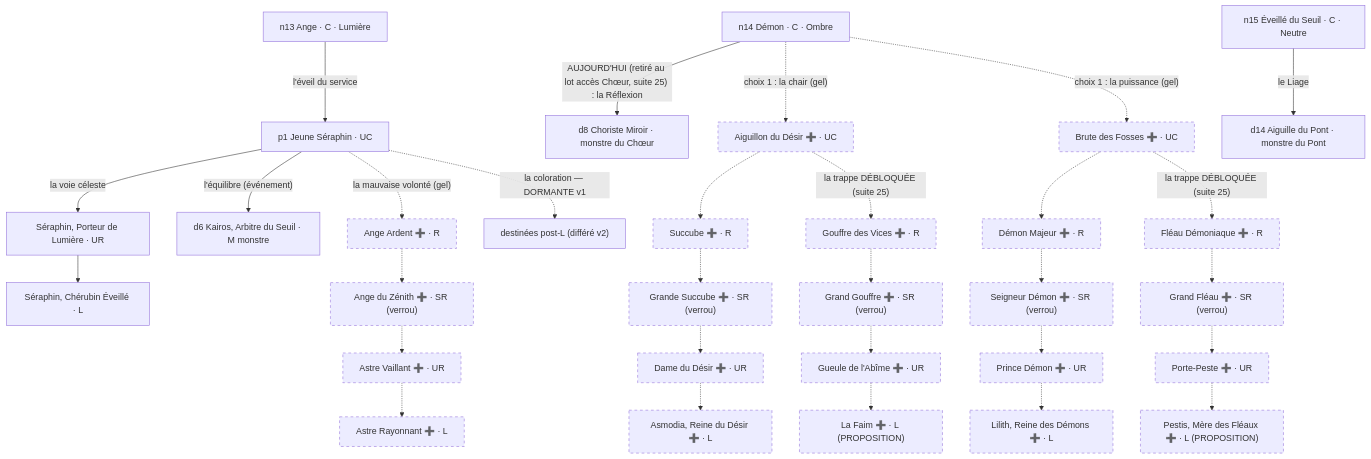
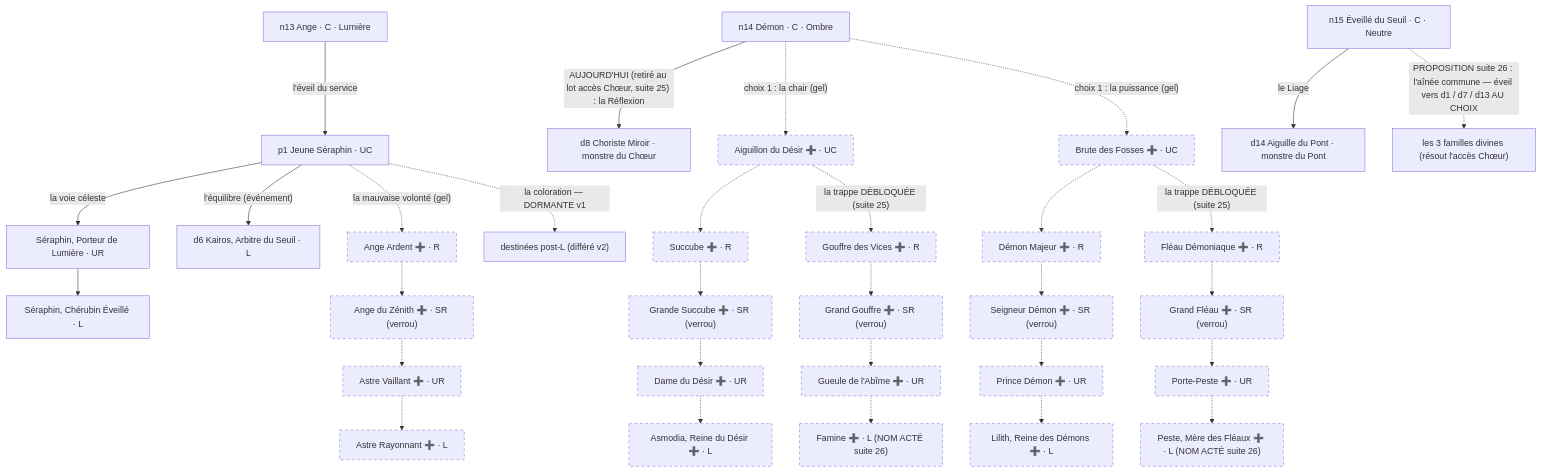
One commit to mobize191/aicg-lignees changed the sixth of 10 diagrams in docs/design/design-arbres-v18.md. Above: the diagram before and after it, drawn with Mermaid. The commit also changed other lines of this file and 6 other files, not shown here.

Commit message:
suite 26 : relecture de l'arbre : Famine et Peste nommees, direction especes du camp divin (Cherubin/Seraphin, Diablotin), question roi demon, n15 l'ainee commune des trois familles (proposition acces Choeur), coloration confirmee, enquete cartes livree (rien n'est perdu)

````diff
--- a/docs/design/design-arbres-v18.md
+++ b/docs/design/design-arbres-v18.md
@@ -384,34 +384,35 @@
 ```mermaid
 flowchart TD
   N13["n13 Ange · C · Lumière"] -->|"l'éveil du service"| P1["p1 Jeune Séraphin · UC"]
   P1 -->|"la voie céleste"| P5["Séraphin, Porteur de Lumière · UR"]
   P5 --> P6["Séraphin, Chérubin Éveillé · L"]
-  P1 -->|"l'équilibre (événement)"| D6["d6 Kairos, Arbitre du Seuil · M monstre"]
+  P1 -->|"l'équilibre (événement)"| D6["d6 Kairos, Arbitre du Seuil · L"]
   P1 -.->|"la mauvaise volonté (gel)"| AA1["Ange Ardent ➕ · R"]
   P1 -.->|"la coloration — DORMANTE v1"| X1["destinées post-L (différé v2)"]
   AA1 -.-> AA2["Ange du Zénith ➕ · SR (verrou)"]
   AA2 -.-> AA3["Astre Vaillant ➕ · UR"]
   AA3 -.-> AA4["Astre Rayonnant ➕ · L"]
   N14["n14 Démon · C · Ombre"] -->|"AUJOURD'HUI (retiré au lot accès Chœur, suite 25) : la Réflexion"| D8["d8 Choriste Miroir · monstre du Chœur"]
   N14 -.->|"choix 1 : la chair (gel)"| DA1["Aiguillon du Désir ➕ · UC"]
   N14 -.->|"choix 1 : la puissance (gel)"| DB1["Brute des Fosses ➕ · UC"]
   DA1 -.-> DA2["Succube ➕ · R"]
   DA2 -.-> DA3["Grande Succube ➕ · SR (verrou)"]
   DA3 -.-> DA4["Dame du Désir ➕ · UR"]
   DA4 -.-> DA5["Asmodia, Reine du Désir ➕ · L"]
   DA1 -.->|"la trappe DÉBLOQUÉE (suite 25)"| DA6["Gouffre des Vices ➕ · R"]
   DA6 -.-> DA7["Grand Gouffre ➕ · SR (verrou)"]
   DA7 -.-> DA8["Gueule de l'Abîme ➕ · UR"]
-  DA8 -.-> DA9["La Faim ➕ · L (PROPOSITION)"]
+  DA8 -.-> DA9["Famine ➕ · L (NOM ACTÉ suite 26)"]
   DB1 -.-> DB2["Démon Majeur ➕ · R"]
   DB2 -.-> DB3["Seigneur Démon ➕ · SR (verrou)"]
   DB3 -.-> DB4["Prince Démon ➕ · UR"]
   DB4 -.-> DB5["Lilith, Reine des Démons ➕ · L"]
   DB1 -.->|"la trappe DÉBLOQUÉE (suite 25)"| DB6["Fléau Démoniaque ➕ · R"]
   DB6 -.-> DB7["Grand Fléau ➕ · SR (verrou)"]
   DB7 -.-> DB8["Porte-Peste ➕ · UR"]
-  DB8 -.-> DB9["Pestis, Mère des Fléaux ➕ · L (PROPOSITION)"]
+  DB8 -.-> DB9["Peste, Mère des Fléaux ➕ · L (NOM ACTÉ suite 26)"]
   N15["n15 Éveillé du Seuil · C · Neutre"] -->|"le Liage"| D14["d14 Aiguille du Pont · monstre du Pont"]
+  N15 -.->|"PROPOSITION suite 26 : l'aînée commune — éveil vers d1 / d7 / d13 AU CHOIX"| X2["les 3 familles divines (résout l'accès Chœur)"]
   classDef gel stroke-dasharray: 5 5;
   class AA1,AA2,AA3,AA4,DA1,DA2,DA3,DA4,DA5,DA6,DA7,DA8,DA9,DB1,DB2,DB3,DB4,DB5,DB6,DB7,DB8,DB9 gel;
 ```
````
